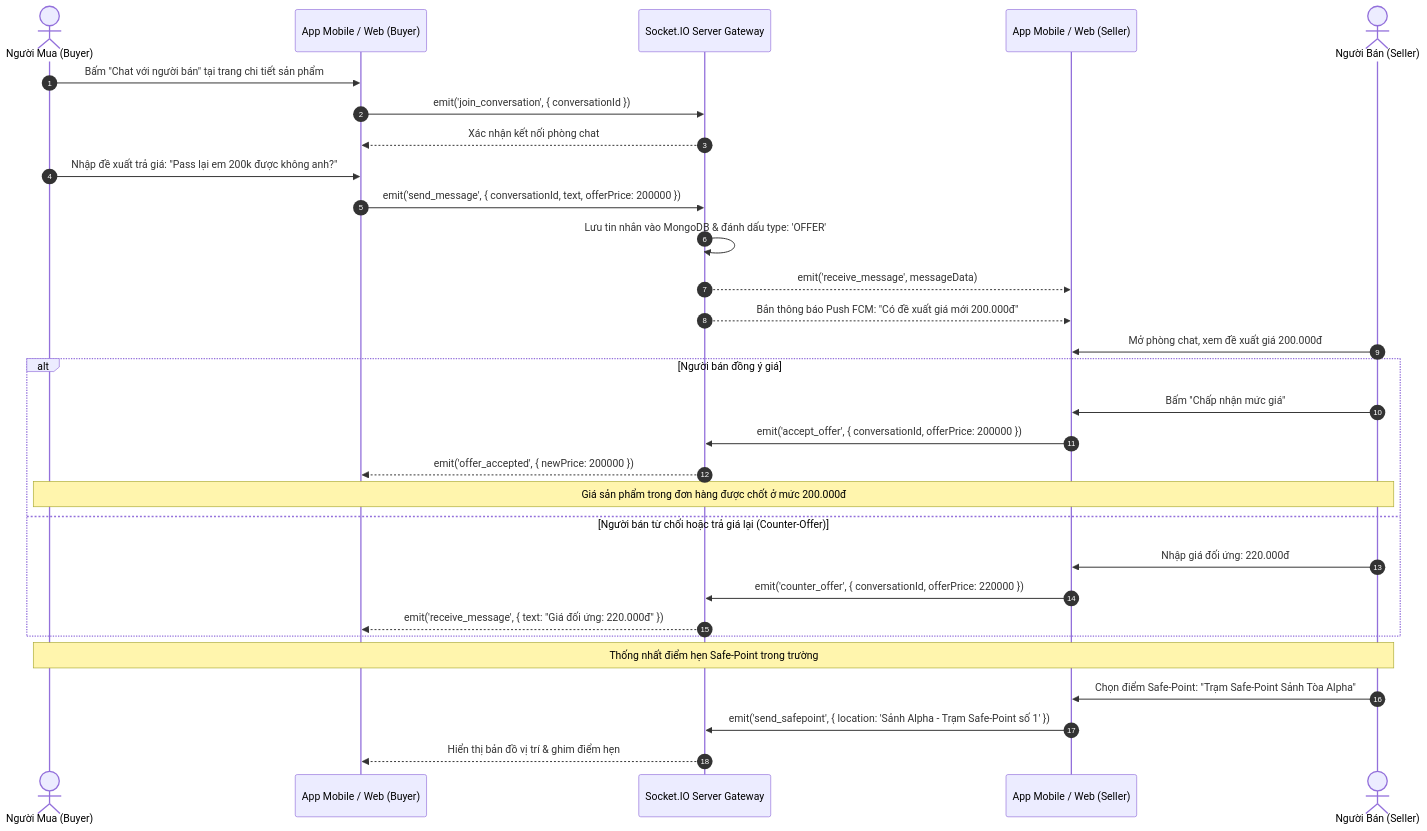
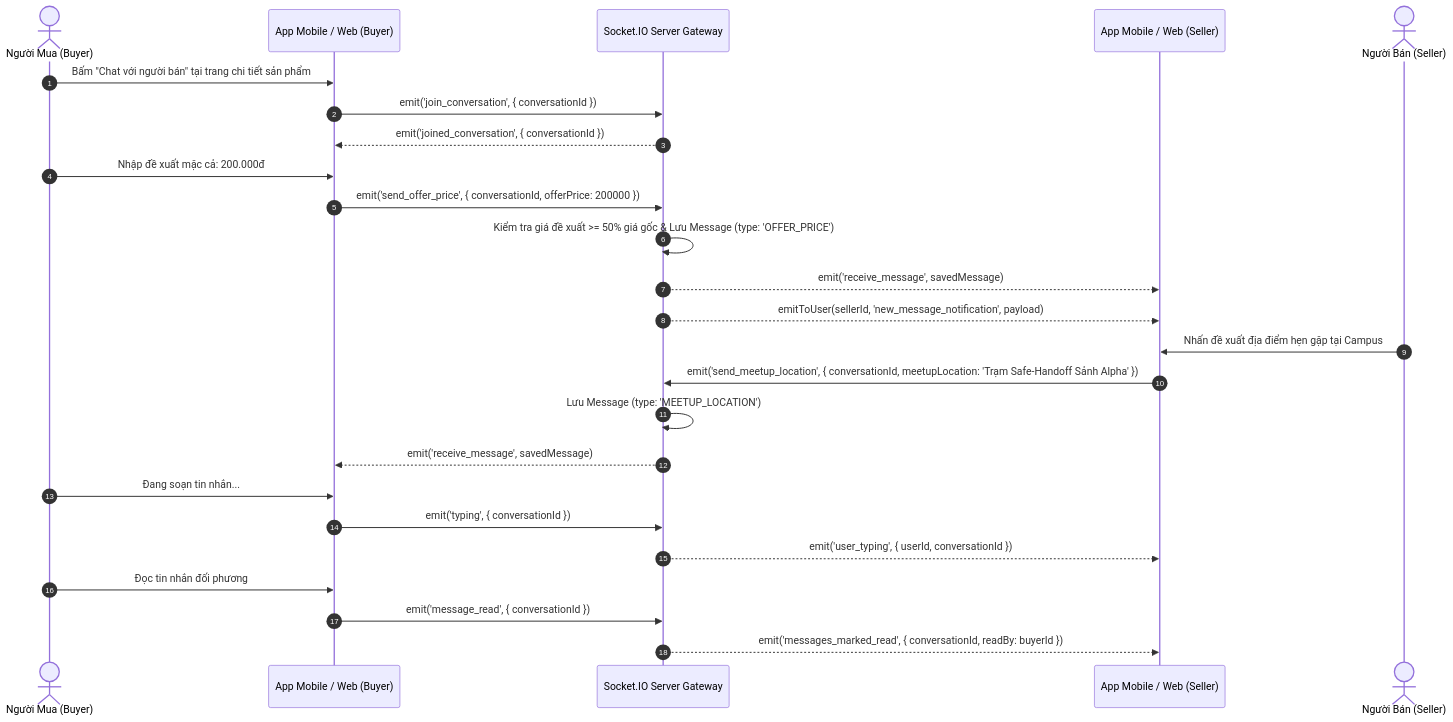
One commit to phongnha230/Market_FU changed the seventh of 13 diagrams in PROJECT_FLOWS.md. Above: the diagram before and after it, drawn with Mermaid. The commit also changed other lines of this file and 11 other files, not shown here.

````diff
--- a/PROJECT_FLOWS.md
+++ b/PROJECT_FLOWS.md
@@ -318,36 +268,32 @@
 ```mermaid
 sequenceDiagram
     autonumber
     actor Buyer as Người Mua (Buyer)
     participant ClientB as App Mobile / Web (Buyer)
     participant Socket as Socket.IO Server Gateway
     participant ClientS as App Mobile / Web (Seller)
     actor Seller as Người Bán (Seller)
 
     Buyer->>ClientB: Bấm "Chat với người bán" tại trang chi tiết sản phẩm
     ClientB->>Socket: emit('join_conversation', { conversationId })
-    Socket-->>ClientB: Xác nhận kết nối phòng chat
+    Socket-->>ClientB: emit('joined_conversation', { conversationId })
   
-    Buyer->>ClientB: Nhập đề xuất trả giá: "Pass lại em 200k được không anh?"
-    ClientB->>Socket: emit('send_message', { conversationId, text, offerPrice: 200000 })
-    Socket->>Socket: Lưu tin nhắn vào MongoDB & đánh dấu type: 'OFFER'
-    Socket-->>ClientS: emit('receive_message', messageData)
-    Socket-->>ClientS: Bắn thông báo Push FCM: "Có đề xuất giá mới 200.000đ"
+    Buyer->>ClientB: Nhập đề xuất mặc cả: 200.000đ
+    ClientB->>Socket: emit('send_offer_price', { conversationId, offerPrice: 200000 })
+    Socket->>Socket: Kiểm tra giá đề xuất >= 50% giá gốc & Lưu Message (type: 'OFFER_PRICE')
+    Socket-->>ClientS: emit('receive_message', savedMessage)
+    Socket-->>ClientS: emitToUser(sellerId, 'new_message_notification', payload)
   
-    Seller->>ClientS: Mở phòng chat, xem đề xuất giá 200.000đ
-    alt Người bán đồng ý giá
-        Seller->>ClientS: Bấm "Chấp nhận mức giá"
-        ClientS->>Socket: emit('accept_offer', { conversationId, offerPrice: 200000 })
-        Socket-->>ClientB: emit('offer_accepted', { newPrice: 200000 })
-        Note over Buyer, Seller: Giá sản phẩm trong đơn hàng được chốt ở mức 200.000đ
-    else Người bán từ chối hoặc trả giá lại (Counter-Offer)
-        Seller->>ClientS: Nhập giá đối ứng: 220.000đ
-        ClientS->>Socket: emit('counter_offer', { conversationId, offerPrice: 220000 })
-        Socket-->>ClientB: emit('receive_message', { text: "Giá đối ứng: 220.000đ" })
-    end
-
-    Note over Buyer, Seller: Thống nhất điểm hẹn Safe-Point trong trường
-    Seller->>ClientS: Chọn điểm Safe-Point: "Trạm Safe-Point Sảnh Tòa Alpha"
-    ClientS->>Socket: emit('send_safepoint', { location: 'Sảnh Alpha - Trạm Safe-Point số 1' })
-    Socket-->>ClientB: Hiển thị bản đồ vị trí & ghim điểm hẹn
+    Seller->>ClientS: Nhấn đề xuất địa điểm hẹn gặp tại Campus
+    ClientS->>Socket: emit('send_meetup_location', { conversationId, meetupLocation: 'Trạm Safe-Handoff Sảnh Alpha' })
+    Socket->>Socket: Lưu Message (type: 'MEETUP_LOCATION')
+    Socket-->>ClientB: emit('receive_message', savedMessage)
+  
+    Buyer->>ClientB: Đang soạn tin nhắn...
+    ClientB->>Socket: emit('typing', { conversationId })
+    Socket-->>ClientS: emit('user_typing', { userId, conversationId })
+  
+    Buyer->>ClientB: Đọc tin nhắn đối phương
+    ClientB->>Socket: emit('message_read', { conversationId })
+    Socket-->>ClientS: emit('messages_marked_read', { conversationId, readBy: buyerId })
 ```
````
